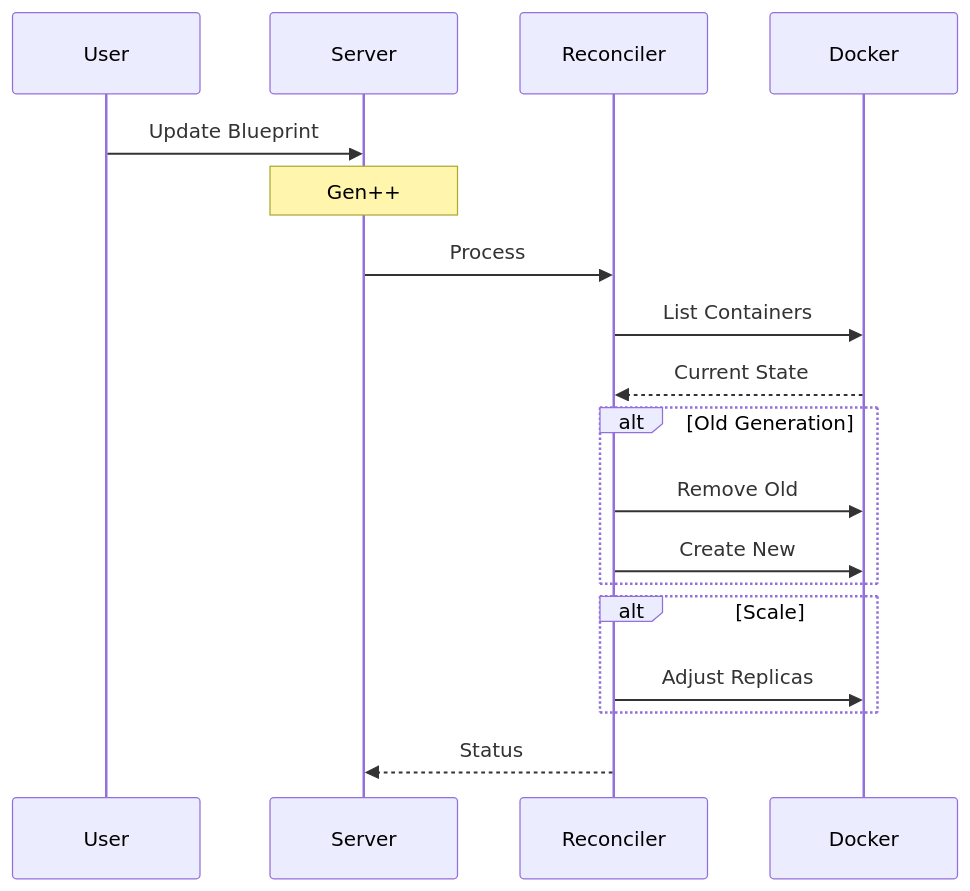
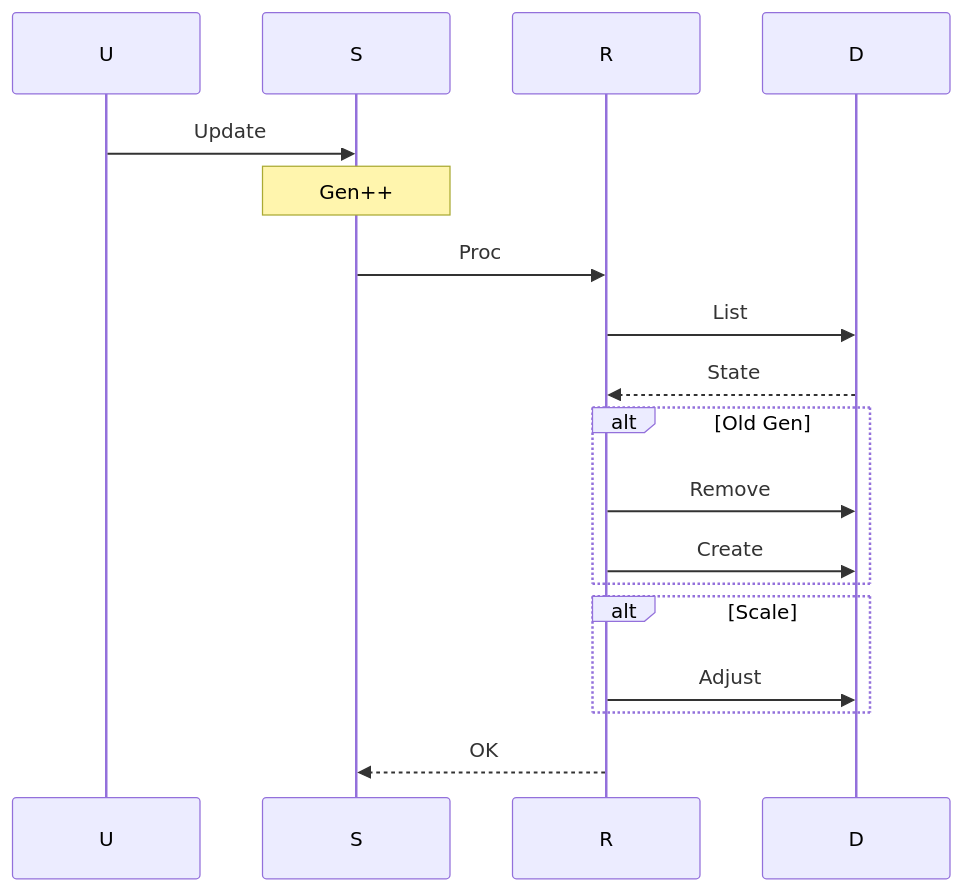
Before and after one commit to cop-pilot-eu/cluster-1-integration: the fourth of 4 diagrams in README.md, drawn with Mermaid. The commit also changed other lines of this file, not shown here.

````diff
--- a/README.md
+++ b/README.md
@@ -163,24 +138,24 @@
 ```mermaid
 sequenceDiagram
-    participant U as User
-    participant S as Server
-    participant R as Reconciler
-    participant D as Docker
+    participant U
+    participant S
+    participant R
+    participant D
 
-    U->>S: Update Blueprint
+    U->>S: Update
     Note over S: Gen++
-    S->>R: Process
-    R->>D: List Containers
-    D-->>R: Current State
+    S->>R: Proc
+    R->>D: List
+    D-->>R: State
 
-    alt Old Generation
-        R->>D: Remove Old
-        R->>D: Create New
+    alt Old Gen
+        R->>D: Remove
+        R->>D: Create
     end
 
     alt Scale
-        R->>D: Adjust Replicas
+        R->>D: Adjust
     end
 
-    R-->>S: Status
+    R-->>S: OK
 ```
````
